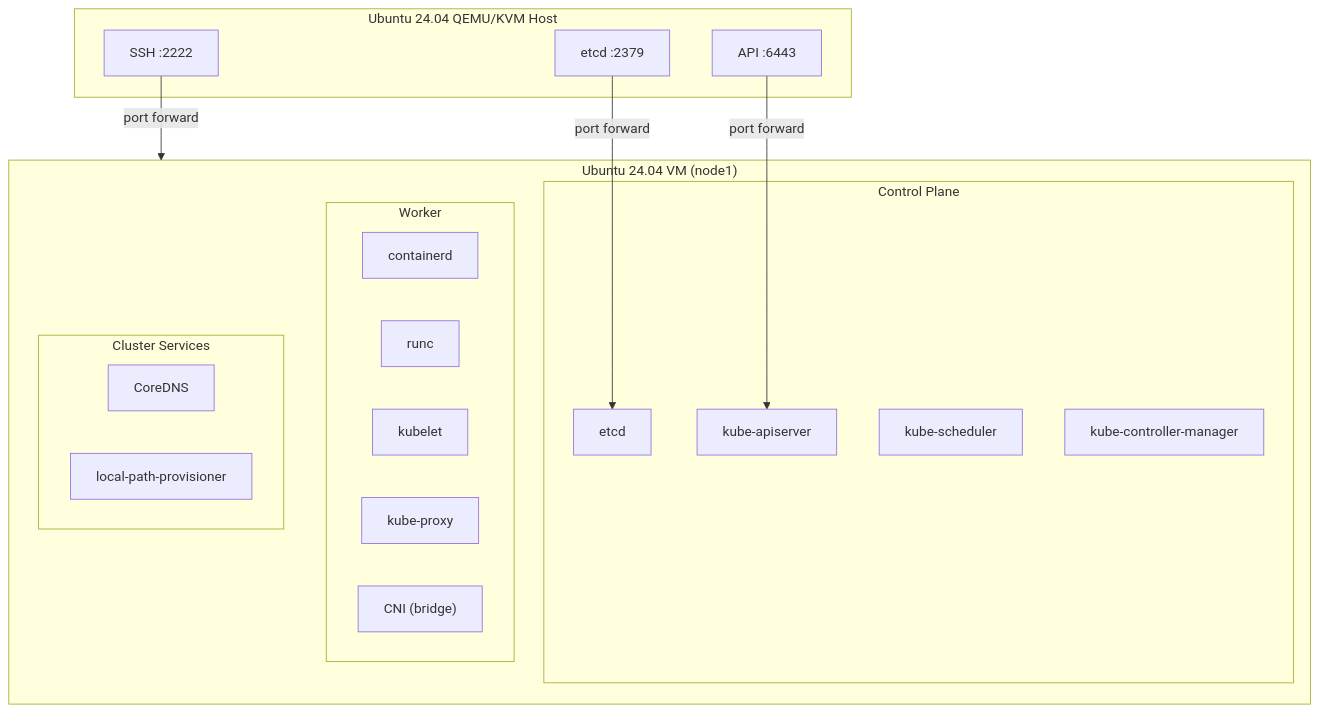
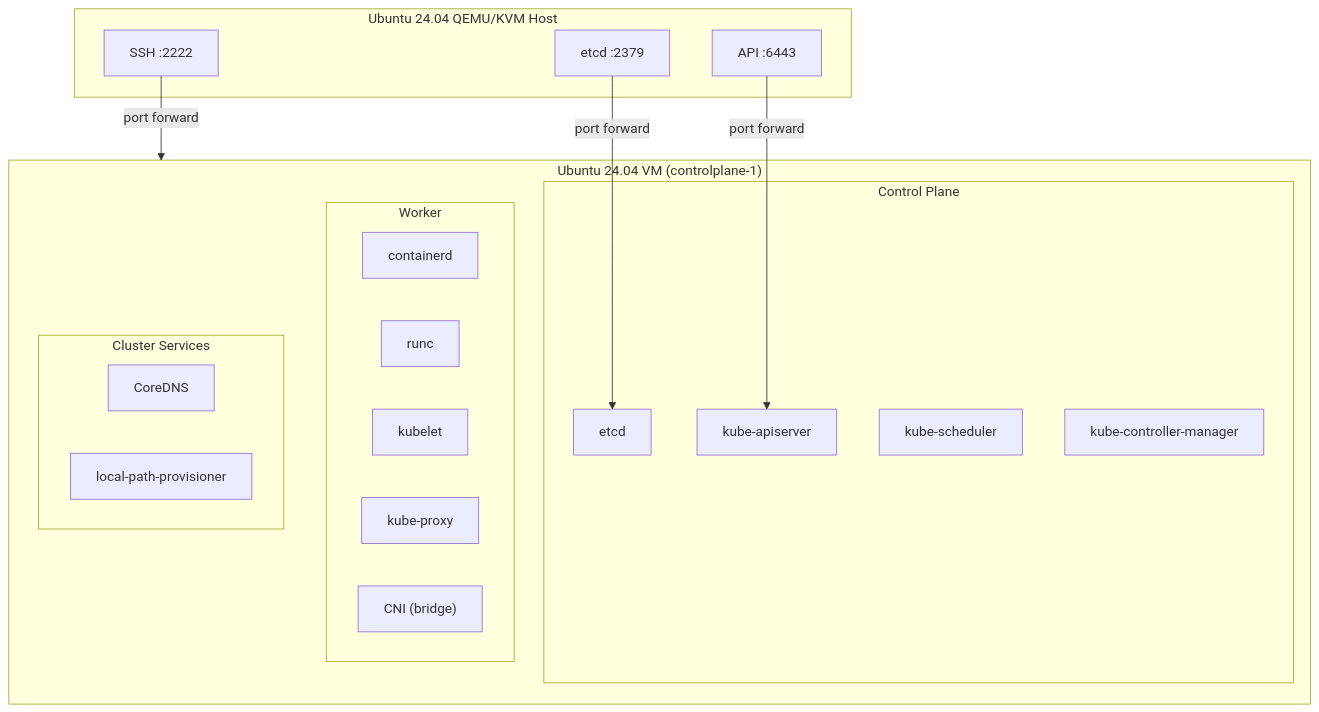
Before and after one commit to mrmcmuffinz/cka-exam-prep: the diagram in cluster-setup/vm/single-systemd/README.md, drawn with Mermaid. The commit also changed other lines of this file and 39 other files, not shown here.

First line of the commit message:
G: rename node1/node2 to controlplane-1/nodes-1 throughout

````diff
--- a/cluster-setup/vm/single-systemd/README.md
+++ b/cluster-setup/vm/single-systemd/README.md
@@ -11,32 +11,32 @@
 ```mermaid
 graph TB
-    subgraph VM["Ubuntu 24.04 VM (node1)"]
+    subgraph VM["Ubuntu 24.04 VM (controlplane-1)"]
         subgraph CP["Control Plane"]
             etcd
             apiserver["kube-apiserver"]
             scheduler["kube-scheduler"]
             ctrlmgr["kube-controller-manager"]
         end
         subgraph WK["Worker"]
             containerd
             runc
             kubelet
             kubeproxy["kube-proxy"]
             cni["CNI (bridge)"]
         end
         subgraph SVC["Cluster Services"]
             coredns["CoreDNS"]
             localpv["local-path-provisioner"]
         end
     end
 
     subgraph Host["Ubuntu 24.04 QEMU/KVM Host"]
         ssh["SSH :2222"]
         api["API :6443"]
         etcdport["etcd :2379"]
     end
 
     ssh -->|port forward| VM
     api -->|port forward| apiserver
     etcdport -->|port forward| etcd
 ```
````
